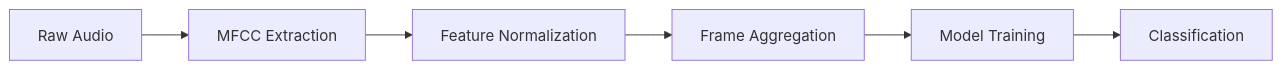
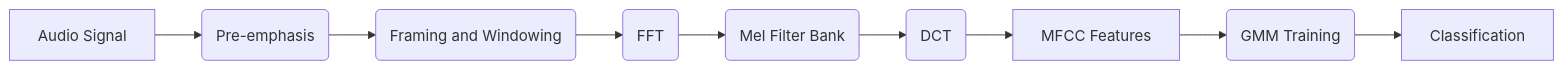
Before and after one commit to Wanghley/speech-digit-recognition: the diagram in docs/report/main.md, drawn with Mermaid. The commit also changed other lines of this file and 30 other files, not shown here.

````diff
--- a/docs/report/main.md
+++ b/docs/report/main.md
@@ -121,8 +60,11 @@
-``` mermaid
-flowchart LR
-    A[Raw Audio] --> B[MFCC Extraction]
-    B --> C[Feature Normalization]
-    C --> D[Frame Aggregation]
-    D --> E[Model Training]
-    E --> F[Classification]
+```{mermaid}
+graph LR
+    A[Audio Signal] --> B(Pre-emphasis)
+    B --> C(Framing and Windowing)
+    C --> D(FFT)
+    D --> E(Mel Filter Bank)
+    E --> F(DCT)
+    F --> G[MFCC Features]
+    G --> H(GMM Training)
+    H --> I[Classification]
 ```
````
